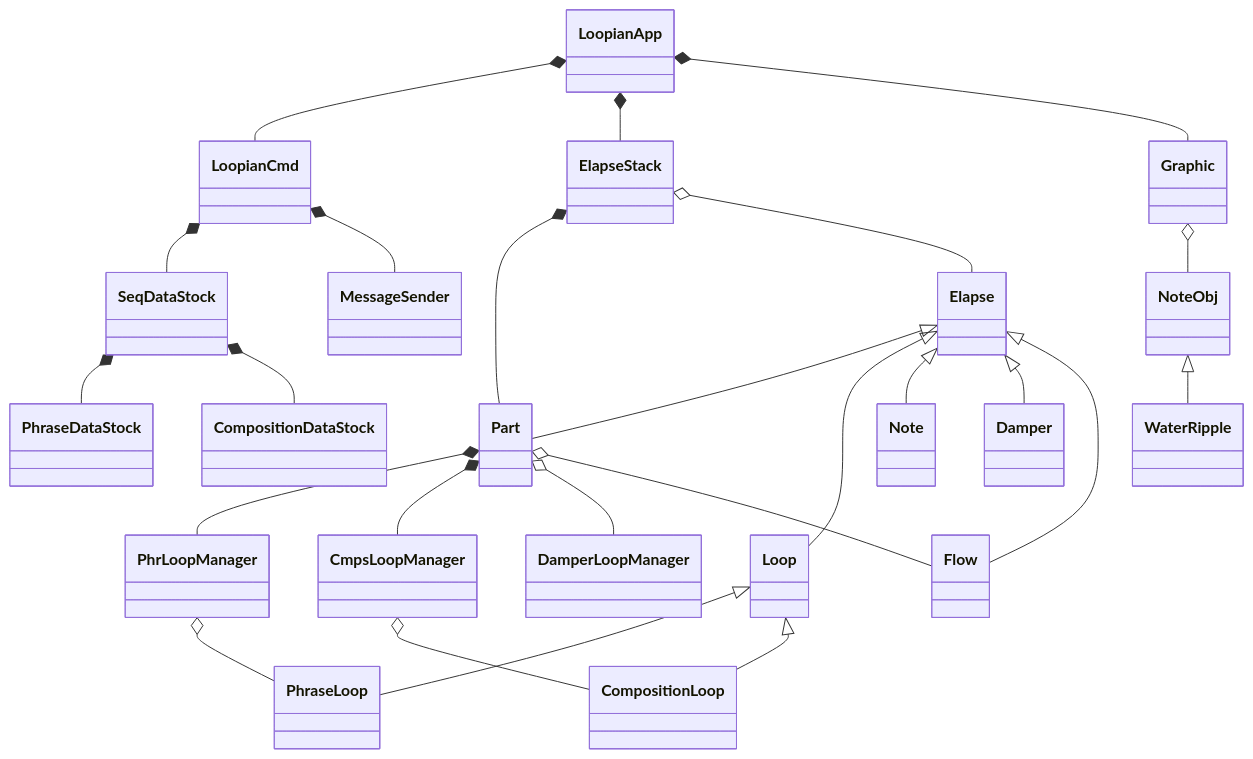
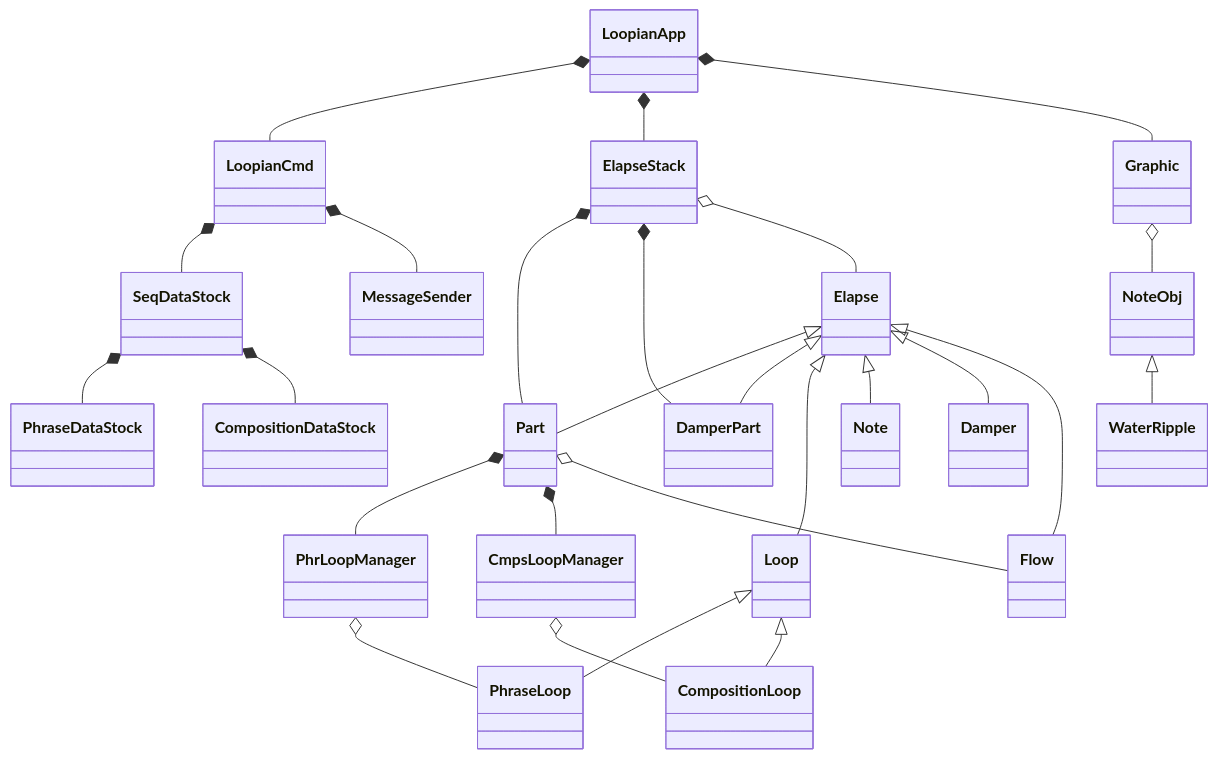
Before and after one commit to hasebems/Loopian_Rust: the diagram in doc/idea.md, drawn with Mermaid. The commit also changed 5 other files, not shown here.

````diff
--- a/doc/idea.md
+++ b/doc/idea.md
@@ -111,27 +111,28 @@
 ```mermaid
 classDiagram
 LoopianApp *-- LoopianCmd
 LoopianApp *-- ElapseStack
 LoopianApp *-- Graphic
 Elapse <|-- Part
+Elapse <|-- DamperPart
 Elapse <|-- Loop
 Loop <|-- PhraseLoop
 Loop <|-- CompositionLoop
 Elapse <|-- Note
 Elapse <|-- Damper
 Elapse <|-- Flow
 ElapseStack *-- Part
+ElapseStack *-- DamperPart
 ElapseStack o-- Elapse
 LoopianCmd *-- SeqDataStock
 LoopianCmd *-- MessageSender
 SeqDataStock *-- PhraseDataStock
 SeqDataStock *-- CompositionDataStock
 Part *-- PhrLoopManager
 Part *-- CmpsLoopManager
-Part o-- DamperLoopManager
 Part o-- Flow
 PhrLoopManager o-- PhraseLoop
 CmpsLoopManager o-- CompositionLoop
 Graphic o-- NoteObj
 NoteObj <|-- WaterRipple
 ```
````
